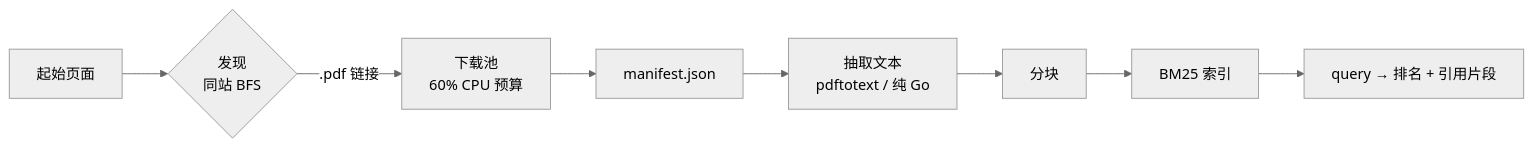
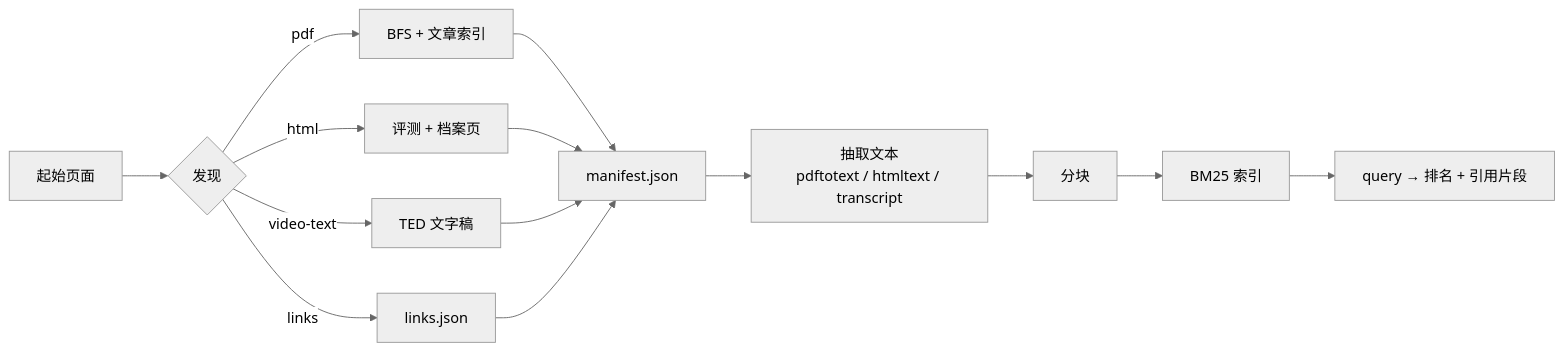
One commit to DeanT-04/oxford-strat-RAG changed the diagram in README.zh-CN.md. Above: the diagram before and after it, drawn with Mermaid (neutral theme). The commit also changed other lines of this file and 2 other files, not shown here.

````diff
--- a/README.zh-CN.md
+++ b/README.zh-CN.md
@@ -85,10 +102,14 @@
 ```mermaid
 flowchart LR
-    A[起始页面] --> B{发现<br/>同站 BFS}
-    B -->|.pdf 链接| C[下载池<br/>60% CPU 预算]
-    C --> D[manifest.json]
-    D --> E[抽取文本<br/>pdftotext / 纯 Go]
-    E --> F[分块]
-    F --> G[BM25 索引]
-    G --> H[query → 排名 + 引用片段]
+    A[起始页面] --> B{发现}
+    B -->|pdf| C[BFS + 文章索引]
+    B -->|html| D[评测 + 档案页]
+    B -->|links| E[links.json]
+    B -->|video-text| F[TED 文字稿]
+    C & D & F --> G[manifest.json]
+    E --> G
+    G --> H[抽取文本<br/>pdftotext / htmltext / transcript]
+    H --> I[分块]
+    I --> J[BM25 索引]
+    J --> K[query → 排名 + 引用片段]
 ```
````
